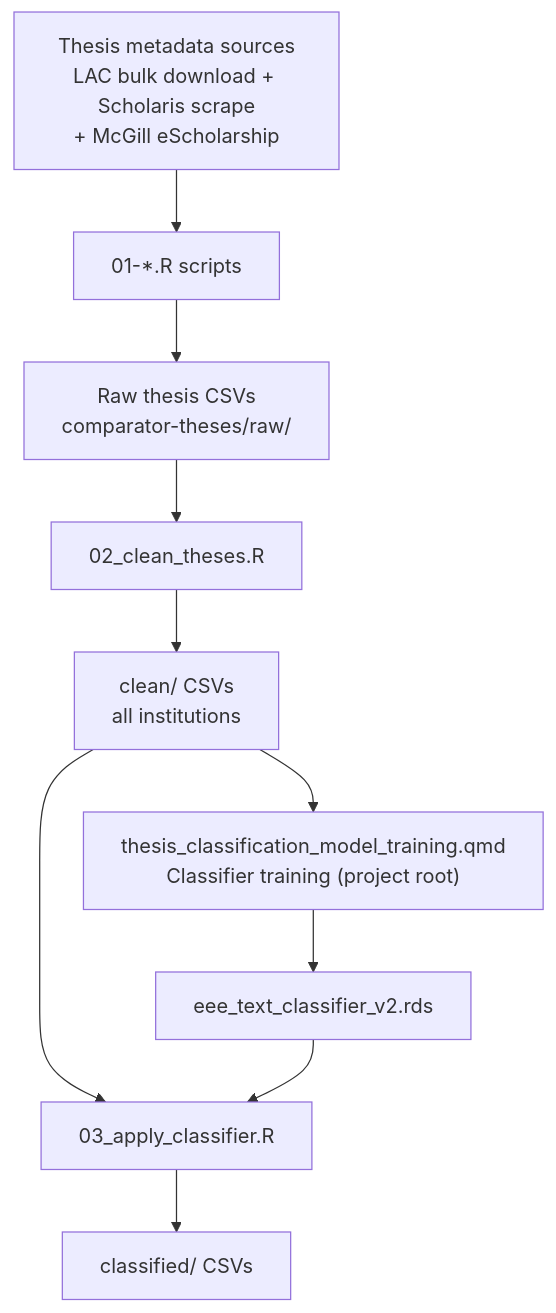
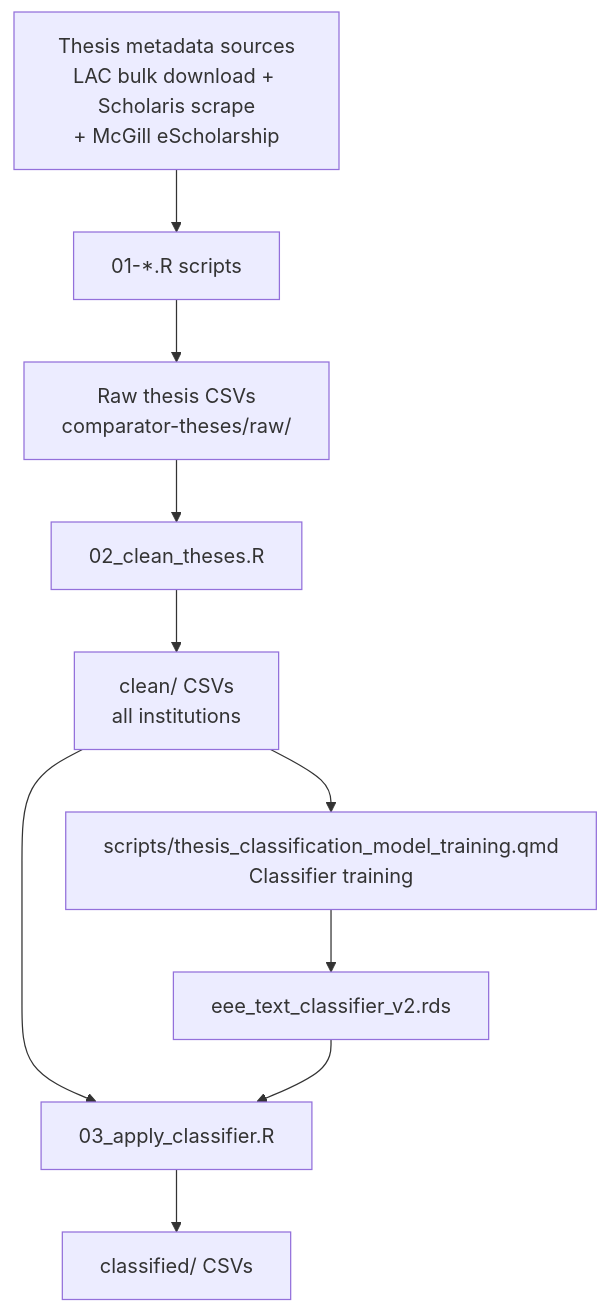
Before and after one commit to pitherj/LDP_thesis_classification: the diagram in README.md, drawn with Mermaid. The commit also changed other lines of this file and 8 other files, not shown here.

Commit message:
created PRISMA like diagram for classification process, and also updated readme file.

````diff
--- a/README.md
+++ b/README.md
@@ -31,18 +31,18 @@
 ```mermaid
 flowchart TD
     F["Thesis metadata sources\nLAC bulk download + Scholaris scrape\n+ McGill eScholarship"]
     G["01-*.R scripts"]
     H["Raw thesis CSVs\ncomparator-theses/raw/"]
     I["02_clean_theses.R"]
     J["clean/ CSVs\nall institutions"]
 
-    K["thesis_classification_model_training.qmd\nClassifier training (project root)"]
+    K["scripts/thesis_classification_model_training.qmd\nClassifier training"]
     L["eee_text_classifier_v2.rds"]
     M["03_apply_classifier.R"]
     N["classified/ CSVs"]
 
     F --> G --> H --> I --> J
     J --> K --> L
     J --> M
     L --> M --> N
 ```
````
